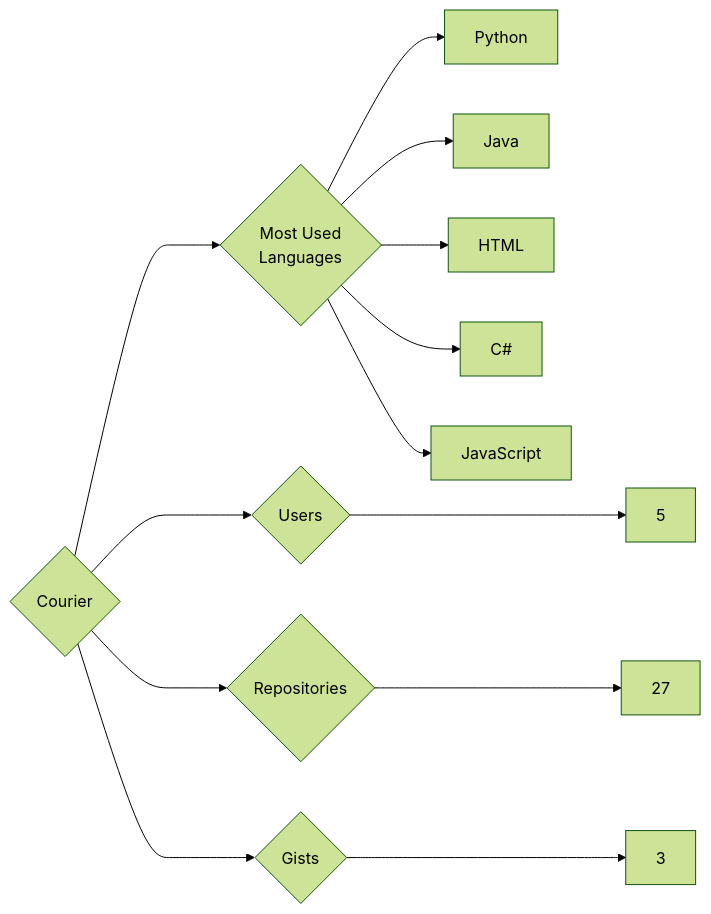
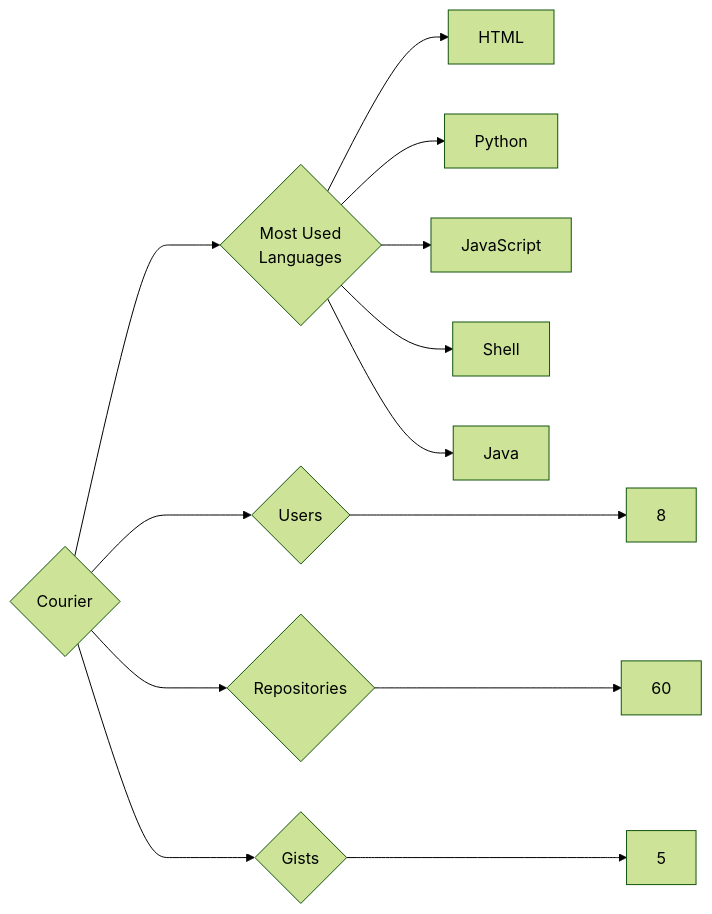
Before and after one commit to trickest/insiders: the diagram in targets/Courier/README.md, drawn with Mermaid (forest theme). The commit also changed 633 other files, not shown here.

````diff
--- a/targets/Courier/README.md
+++ b/targets/Courier/README.md
@@ -3,13 +3,13 @@
 ```mermaid
 graph LR
 COMPANY_NAME{Courier}
-COMPANY_NAME ---> U{Users} ---> UN[5]
-COMPANY_NAME ---> R{Repositories} ---> RN[27]
-COMPANY_NAME ---> G{Gists} ---> GN[3]
+COMPANY_NAME ---> U{Users} ---> UN[8]
+COMPANY_NAME ---> R{Repositories} ---> RN[60]
+COMPANY_NAME ---> G{Gists} ---> GN[5]
 COMPANY_NAME ---> ML{Most Used<br>Languages}
+ML --> HTML[HTML]
 ML --> Python[Python]
+ML --> JavaScript[JavaScript]
+ML --> Shell[Shell]
 ML --> Java[Java]
-ML --> HTML[HTML]
-ML --> C#[C#]
-ML --> JavaScript[JavaScript]
 ```
````
